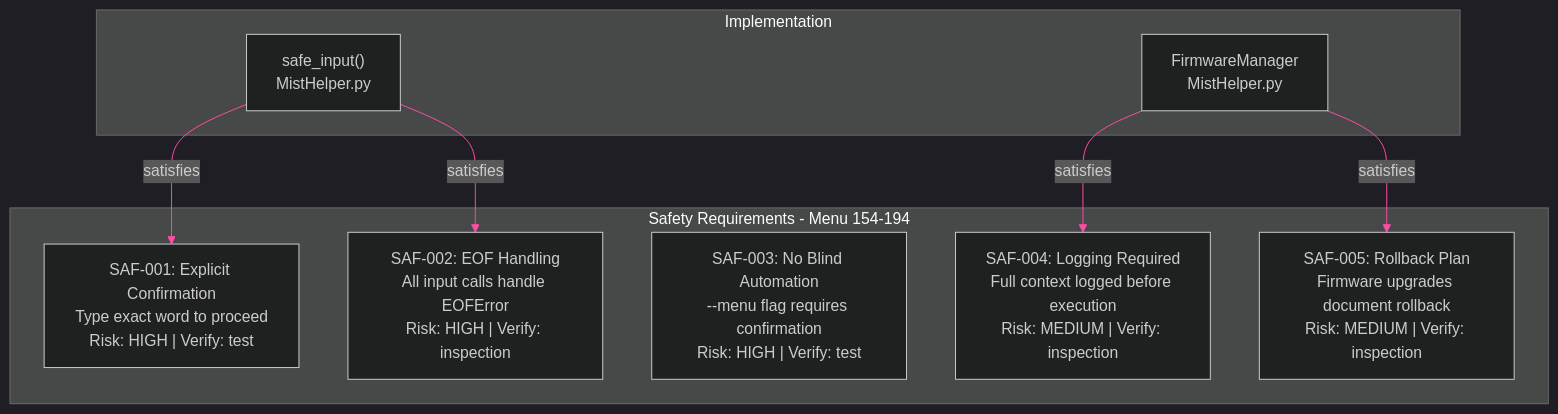
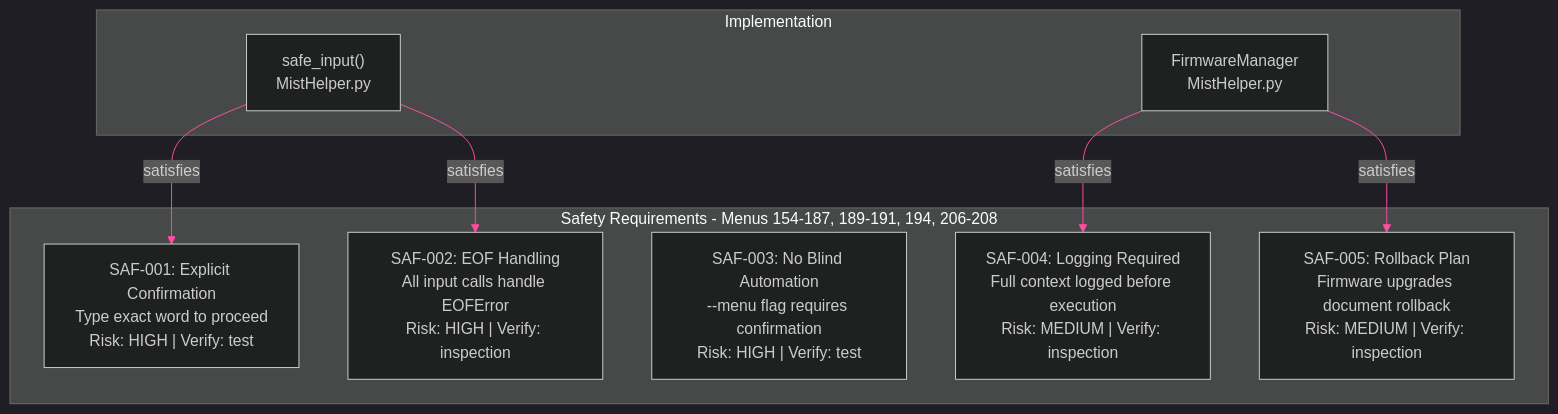
One commit to jmorrison-juniper/MistHelper changed the third of 3 diagrams in documentation/diagrams/operations/operations-reference.md. Above: the diagram before and after it, drawn with Mermaid. The commit also changed other lines of this file and 5 other files, not shown here.

First line of the commit message:
fix(docs): correct the mermaid diagrams and the counts they show

````diff
--- a/documentation/diagrams/operations/operations-reference.md
+++ b/documentation/diagrams/operations/operations-reference.md
@@ -89,29 +92,29 @@
 ```mermaid
 %%{init: {'theme': 'dark', 'themeVariables': {
   'primaryColor': '#E20074',
   'primaryTextColor': '#E0E0E0',
   'primaryBorderColor': '#99004D',
   'lineColor': '#FF4DA6',
   'secondaryColor': '#16213E',
   'tertiaryColor': '#1A1A2E',
   'fontFamily': 'ui-monospace, monospace'
 }}}%%
 flowchart TB
-    subgraph requirements["Safety Requirements - Menu 154-194"]
+    subgraph requirements["Safety Requirements - Menus 154-187, 189-191, 194, 206-208"]
         SAF001["SAF-001: Explicit Confirmation<br/>Type exact word to proceed<br/>Risk: HIGH | Verify: test"]
         SAF002["SAF-002: EOF Handling<br/>All input calls handle EOFError<br/>Risk: HIGH | Verify: inspection"]
         SAF003["SAF-003: No Blind Automation<br/>--menu flag requires confirmation<br/>Risk: HIGH | Verify: test"]
         SAF004["SAF-004: Logging Required<br/>Full context logged before execution<br/>Risk: MEDIUM | Verify: inspection"]
         SAF005["SAF-005: Rollback Plan<br/>Firmware upgrades document rollback<br/>Risk: MEDIUM | Verify: inspection"]
     end
 
     subgraph impl["Implementation"]
         si["safe_input()<br/>MistHelper.py"]
         fm["FirmwareManager<br/>MistHelper.py"]
     end
 
     si -->|satisfies| SAF001
     si -->|satisfies| SAF002
     fm -->|satisfies| SAF004
     fm -->|satisfies| SAF005
 ```
````
